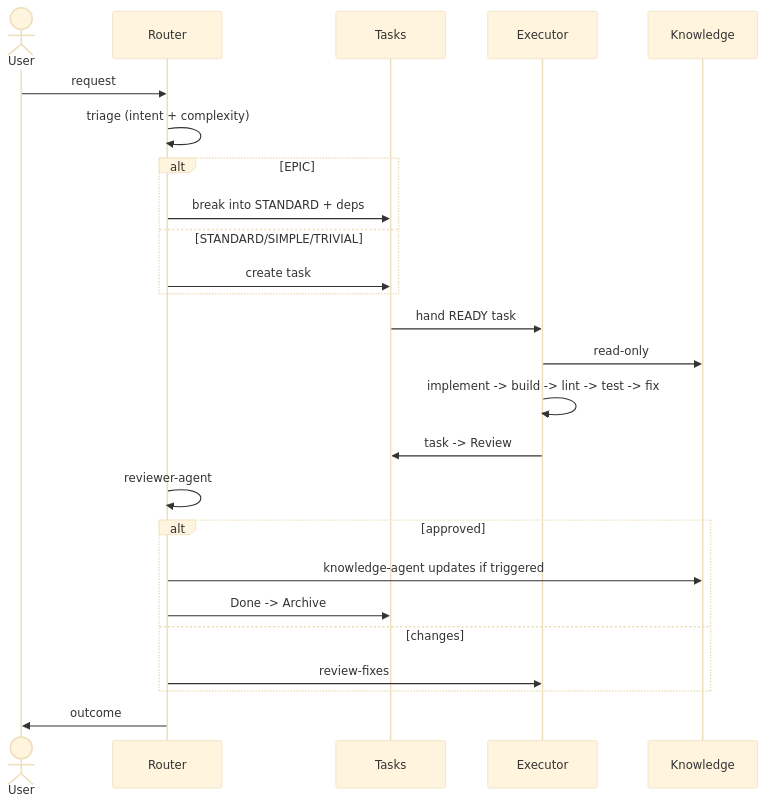
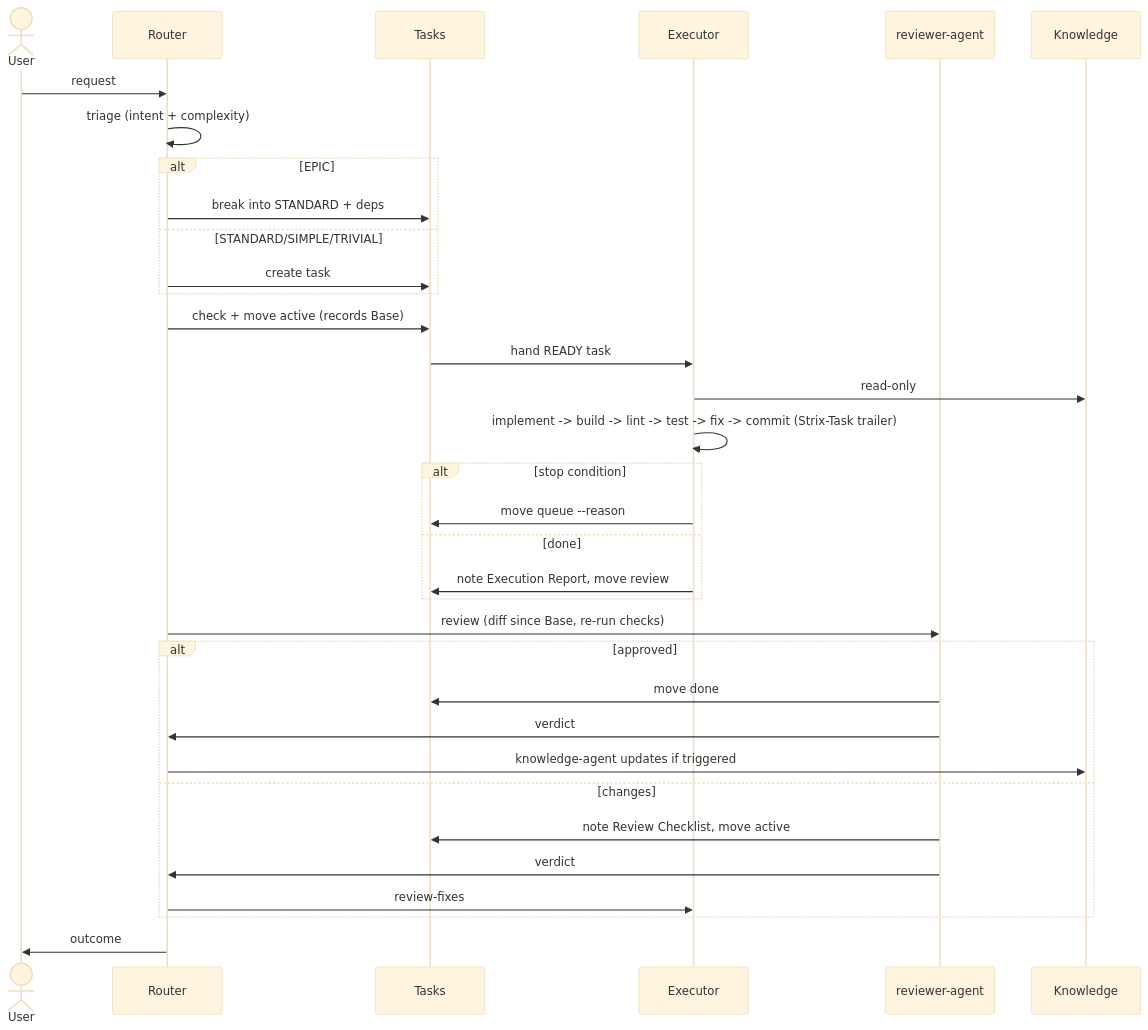
One commit to Vtquan123/strix changed the diagram in reference/docs/workflow.md. Above: the diagram before and after it, drawn with Mermaid (base theme). The commit also changed other lines of this file and 80 other files, not shown here.

````diff
--- a/reference/docs/workflow.md
+++ b/reference/docs/workflow.md
@@ -25,27 +25,36 @@
 ```mermaid
 sequenceDiagram
     actor User
     participant Router
     participant Tasks
     participant Executor
+    participant Reviewer as reviewer-agent
     participant Know as Knowledge
     User->>Router: request
     Router->>Router: triage (intent + complexity)
     alt EPIC
       Router->>Tasks: break into STANDARD + deps
     else STANDARD/SIMPLE/TRIVIAL
       Router->>Tasks: create task
     end
+    Router->>Tasks: check + move active (records Base)
     Tasks->>Executor: hand READY task
     Executor->>Know: read-only
-    Executor->>Executor: implement -> build -> lint -> test -> fix
-    Executor->>Tasks: task -> Review
-    Router->>Router: reviewer-agent
+    Executor->>Executor: implement -> build -> lint -> test -> fix -> commit (Strix-Task trailer)
+    alt stop condition
+      Executor->>Tasks: move queue --reason
+    else done
+      Executor->>Tasks: note Execution Report, move review
+    end
+    Router->>Reviewer: review (diff since Base, re-run checks)
     alt approved
+      Reviewer->>Tasks: move done
+      Reviewer->>Router: verdict
       Router->>Know: knowledge-agent updates if triggered
-      Router->>Tasks: Done -> Archive
     else changes
+      Reviewer->>Tasks: note Review Checklist, move active
+      Reviewer->>Router: verdict
       Router->>Executor: review-fixes
     end
     Router->>User: outcome
 ```
````
